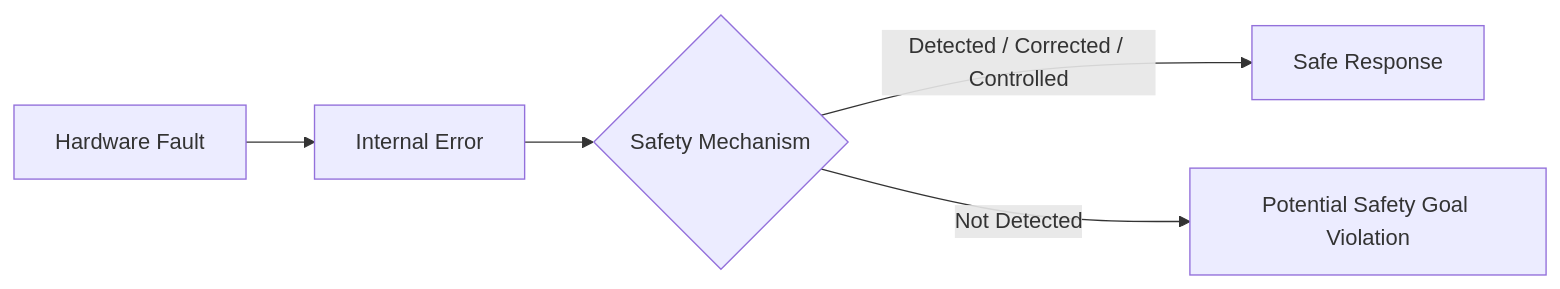
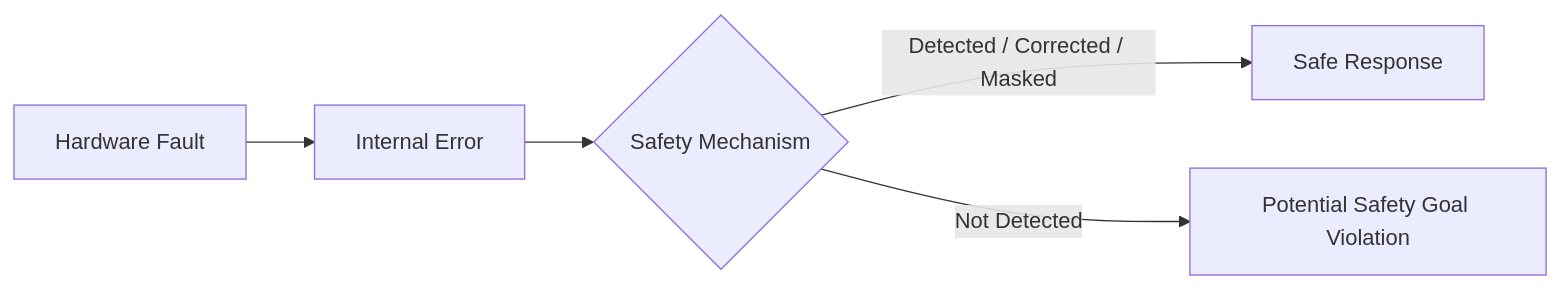
One commit to qiqixixi1001/automotive-safeic-practice changed the third of 12 diagrams in articles/01_automotive_safeic_practice_d01_github_en_revised.md. Above: the diagram before and after it, drawn with Mermaid. The commit also changed other lines of this file, not shown here.

````diff
--- a/articles/01_automotive_safeic_practice_d01_github_en_revised.md
+++ b/articles/01_automotive_safeic_practice_d01_github_en_revised.md
@@ -176,7 +205,7 @@
 ```mermaid
 flowchart LR
     A[Hardware Fault] --> B[Internal Error]
     B --> C{Safety Mechanism}
-    C -- Detected / Corrected / Controlled --> D[Safe Response]
+    C -- Detected / Corrected / Masked --> D[Safe Response]
     C -- Not Detected --> E[Potential Safety Goal Violation]
 ```
````
